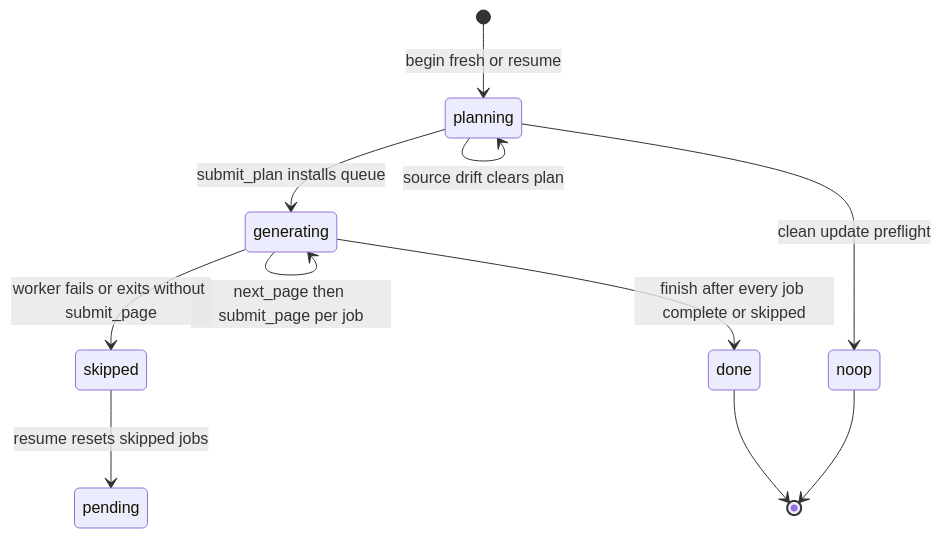
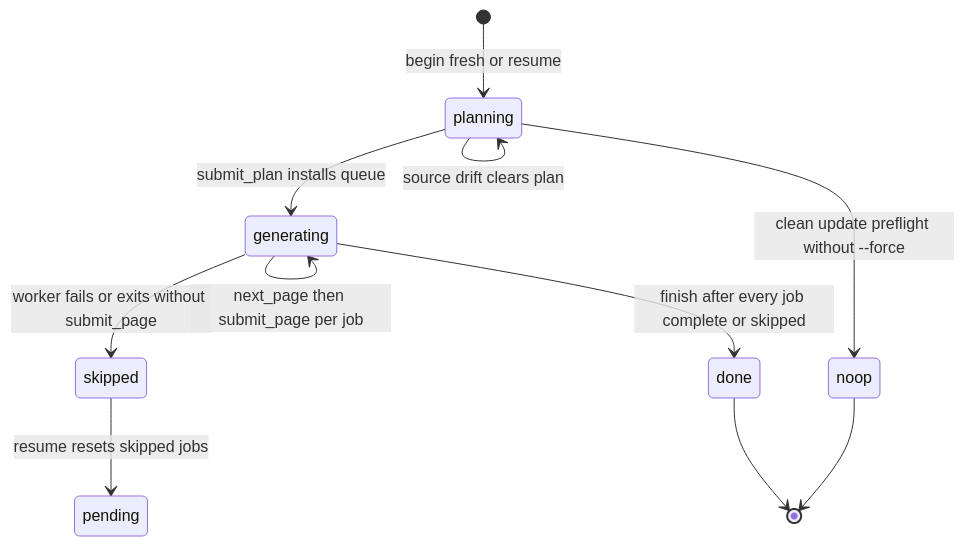
Before and after one commit to langchain-ai/openwiki: the diagram in openwiki/workflows/repository-generation.md, drawn with Mermaid. The commit also changed other lines of this file and 49 other files, not shown here.

````diff
--- a/openwiki/workflows/repository-generation.md
+++ b/openwiki/workflows/repository-generation.md
@@ -83,13 +90,13 @@
 ```mermaid
 stateDiagram-v2
     [*] --> planning: begin fresh or resume
     planning --> planning: source drift clears plan
     planning --> generating: submit_plan installs queue
     generating --> generating: next_page then submit_page per job
     generating --> skipped: worker fails or exits without submit_page
     skipped --> pending: resume resets skipped jobs
     generating --> done: finish after every job complete or skipped
-    planning --> noop: clean update preflight
+    planning --> noop: clean update preflight without --force
     noop --> [*]
     done --> [*]
 ```
````
